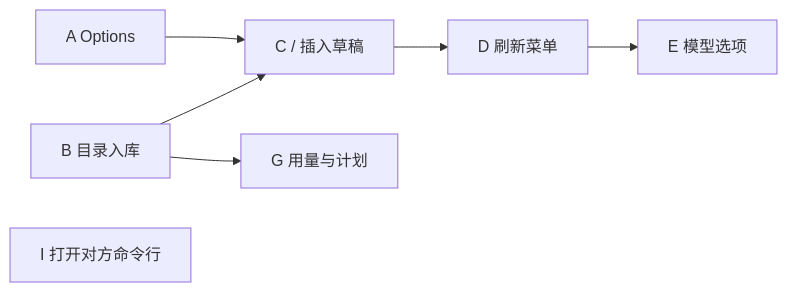
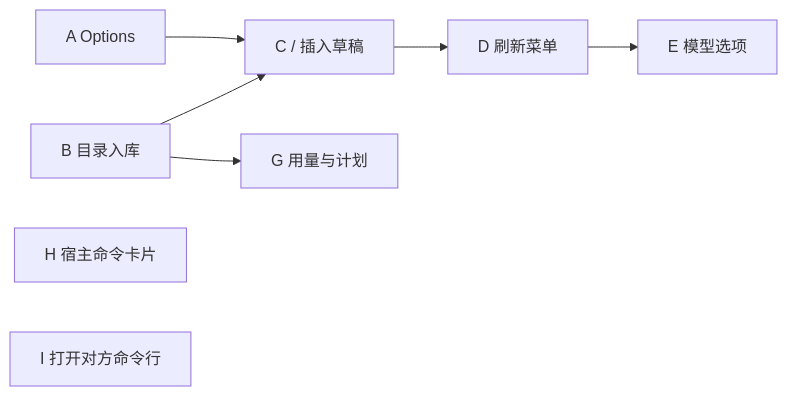
The diagram in docs/proposals/chat-host-depth.md (nicechencs/AgentHub), drawn with Mermaid before and after one commit. The commit also changed other lines of this file and 23 other files, not shown here.

````diff
--- a/docs/proposals/chat-host-depth.md
+++ b/docs/proposals/chat-host-depth.md
@@ -158,15 +158,16 @@
 ```mermaid
 flowchart LR
   A[A Options]
   B[B 目录入库]
   C["C / 插入草稿"]
   D[D 刷新菜单]
   E[E 模型选项]
   G[G 用量与计划]
   A --> C
   B --> C
   C --> D
   D --> E
   B --> G
+  H[H 宿主命令卡片]
   I[I 打开对方命令行]
 ```
````
